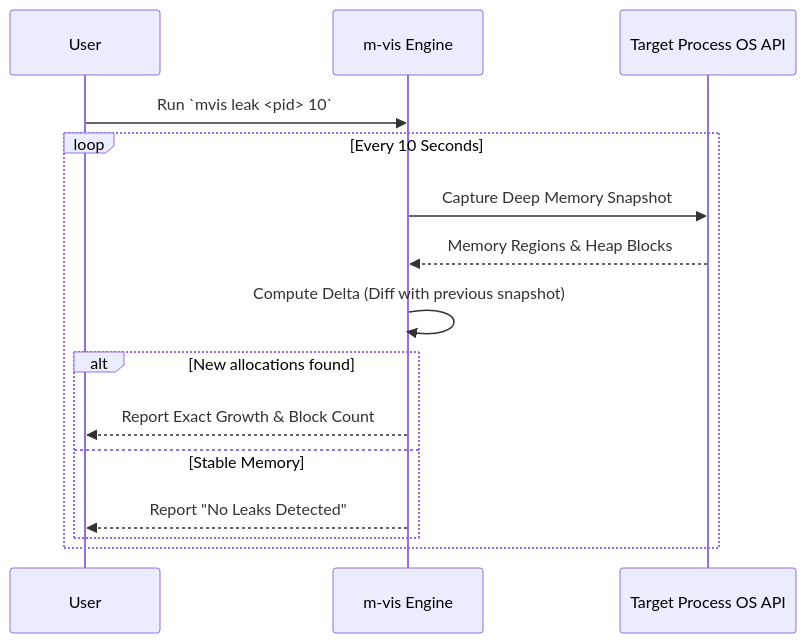
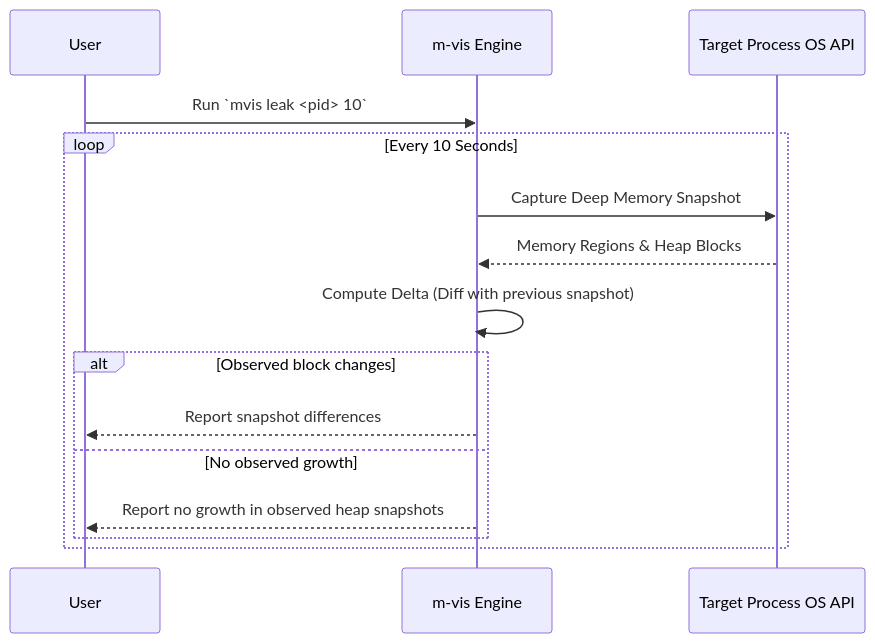
Before and after one commit to SickleFire/m-vis: the second of 2 diagrams in README.md, drawn with Mermaid. The commit also changed other lines of this file, not shown here.

````diff
--- a/README.md
+++ b/README.md
@@ -103,20 +101,20 @@
 ```mermaid
 sequenceDiagram
     participant User
     participant mvis as m-vis Engine
     participant OS as Target Process OS API
     
     User->>mvis: Run `mvis leak <pid> 10`
     
     loop Every 10 Seconds
         mvis->>OS: Capture Deep Memory Snapshot
         OS-->>mvis: Memory Regions & Heap Blocks
         mvis->>mvis: Compute Delta (Diff with previous snapshot)
         
-        alt New allocations found
-            mvis-->>User: Report Exact Growth & Block Count
-        else Stable Memory
-            mvis-->>User: Report "No Leaks Detected"
+        alt Observed block changes
+            mvis-->>User: Report snapshot differences
+        else No observed growth
+            mvis-->>User: Report no growth in observed heap snapshots
         end
     end
 ```
````
